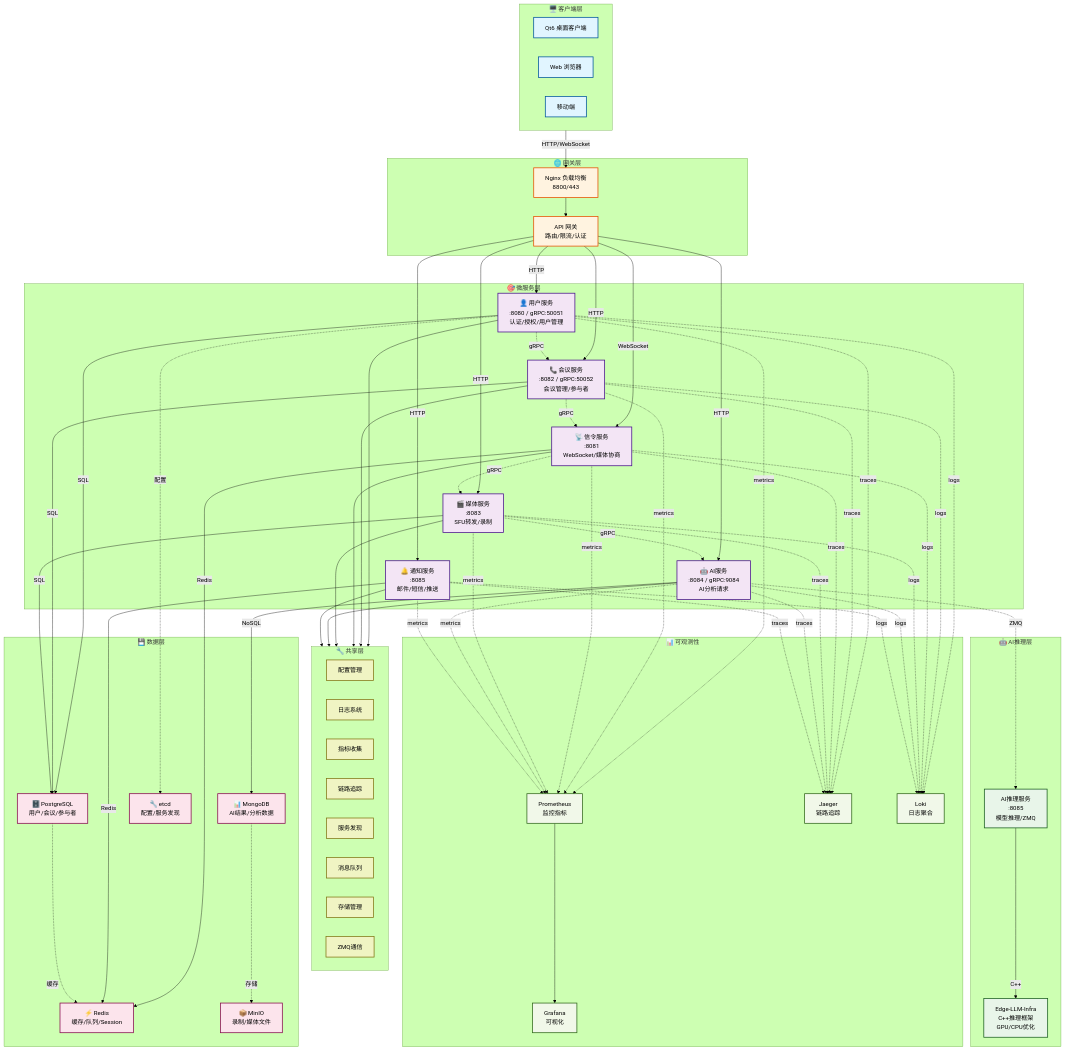
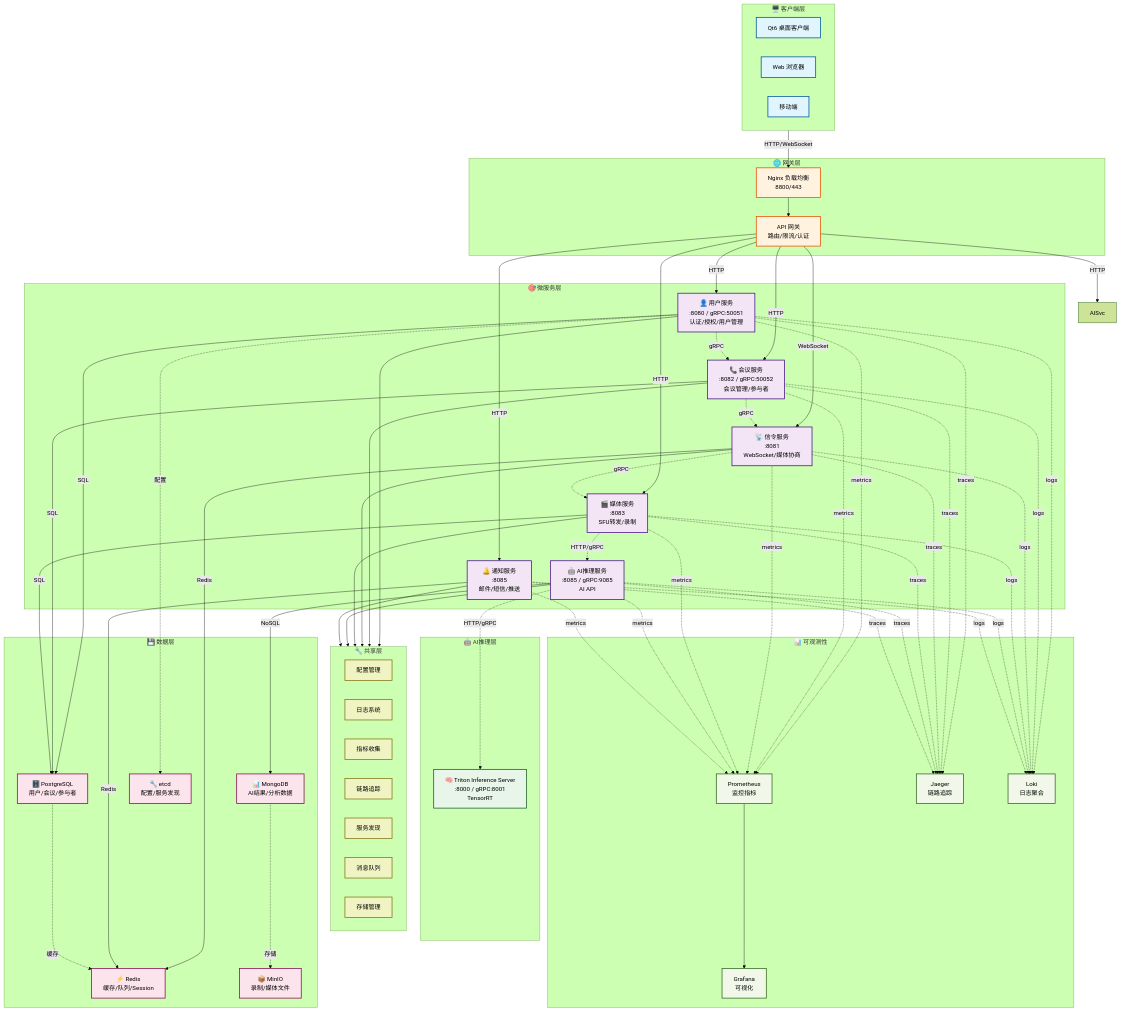
The diagram in meeting-system/README.md (gugugu5331/VideoCall-System), drawn with Mermaid (forest theme) before and after one commit. The commit also changed other lines of this file and 161 other files, not shown here.

````diff
--- a/meeting-system/README.md
+++ b/meeting-system/README.md
@@ -50,7 +50,7 @@
         MeetingSvc["📞 会议服务<br/>:8082 / gRPC:50052<br/>会议管理/参与者"]
         SignalSvc["📡 信令服务<br/>:8081<br/>WebSocket/媒体协商"]
         MediaSvc["🎬 媒体服务<br/>:8083<br/>SFU转发/录制"]
-        AISvc["🤖 AI服务<br/>:8084 / gRPC:9084<br/>AI分析请求"]
+        AIInferenceSvc["🤖 AI推理服务<br/>:8085 / gRPC:9085<br/>AI API"]
         NotifySvc["🔔 通知服务<br/>:8085<br/>邮件/短信/推送"]
     end
 
@@ -62,12 +62,10 @@
         Discovery["服务发现"]
         Queue["消息队列"]
         Storage["存储管理"]
-        ZMQ["ZMQ通信"]
     end
 
     subgraph AILayer["🤖 AI推理层"]
-        AIInference["AI推理服务<br/>:8085<br/>模型推理/ZMQ"]
-        EdgeLLM["Edge-LLM-Infra<br/>C++推理框架<br/>GPU/CPU优化"]
+        Triton["🧠 Triton Inference Server<br/>:8000 / gRPC:8001<br/>TensorRT"]
     end
 
     subgraph DataLayer["💾 数据层"]
@@ -98,22 +96,21 @@
     UserSvc -.->|gRPC| MeetingSvc
     MeetingSvc -.->|gRPC| SignalSvc
     SignalSvc -.->|gRPC| MediaSvc
-    MediaSvc -.->|gRPC| AISvc
-    AISvc -.->|ZMQ| AIInference
-    AIInference -->|C++| EdgeLLM
+    MediaSvc -.->|HTTP/gRPC| AIInferenceSvc
+    AIInferenceSvc -.->|HTTP/gRPC| Triton
 
     UserSvc --> SharedLayer
     MeetingSvc --> SharedLayer
     SignalSvc --> SharedLayer
     MediaSvc --> SharedLayer
-    AISvc --> SharedLayer
+    AIInferenceSvc --> SharedLayer
     NotifySvc --> SharedLayer
 
     UserSvc -->|SQL| PostgreSQL
     MeetingSvc -->|SQL| PostgreSQL
     SignalSvc -->|Redis| Redis
     MediaSvc -->|SQL| PostgreSQL
-    AISvc -->|NoSQL| MongoDB
+    AIInferenceSvc -->|NoSQL| MongoDB
     NotifySvc -->|Redis| Redis
 
     PostgreSQL -.->|缓存| Redis
@@ -124,7 +121,7 @@
     MeetingSvc -.->|metrics| Prometheus
     SignalSvc -.->|metrics| Prometheus
     MediaSvc -.->|metrics| Prometheus
-    AISvc -.->|metrics| Prometheus
+    AIInferenceSvc -.->|metrics| Prometheus
     NotifySvc -.->|metrics| Prometheus
 
     Prometheus --> Grafana
@@ -133,14 +130,14 @@
     MeetingSvc -.->|traces| Jaeger
     SignalSvc -.->|traces| Jaeger
     MediaSvc -.->|traces| Jaeger
-    AISvc -.->|traces| Jaeger
+    AIInferenceSvc -.->|traces| Jaeger
     NotifySvc -.->|traces| Jaeger
 
     UserSvc -.->|logs| Loki
     MeetingSvc -.->|logs| Loki
     SignalSvc -.->|logs| Loki
     MediaSvc -.->|logs| Loki
-    AISvc -.->|logs| Loki
+    AIInferenceSvc -.->|logs| Loki
     NotifySvc -.->|logs| Loki
 
     classDef client fill:#e1f5ff,stroke:#01579b,stroke-width:2px
@@ -153,9 +150,9 @@
 
     class Qt6,Web,Mobile client
     class Nginx,APIGateway gateway
-    class UserSvc,MeetingSvc,SignalSvc,MediaSvc,AISvc,NotifySvc service
-    class Config,Logger,Metrics,Tracing,Discovery,Queue,Storage,ZMQ shared
-    class AIInference,EdgeLLM ai
+    class UserSvc,MeetingSvc,SignalSvc,MediaSvc,AIInferenceSvc,NotifySvc service
+    class Config,Logger,Metrics,Tracing,Discovery,Queue,Storage shared
+    class Triton ai
     class PostgreSQL,Redis,MongoDB,MinIO,Etcd data
     class Prometheus,Grafana,Jaeger,Loki obs
 ```
````
